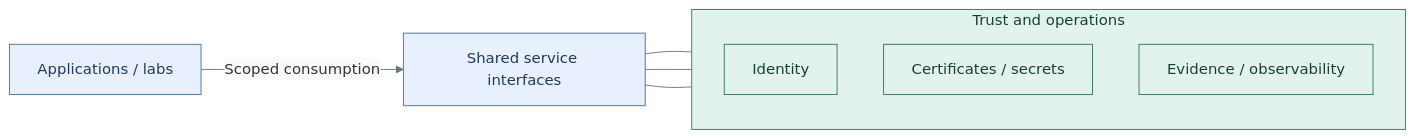
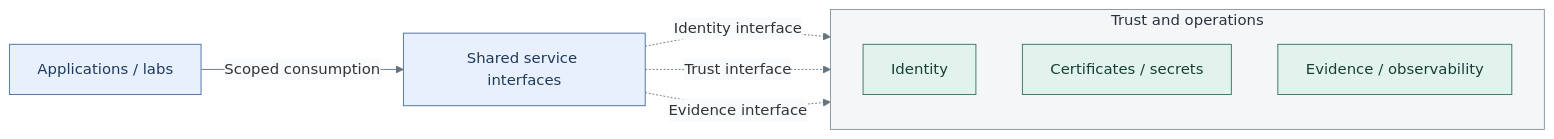
One commit to Rexus/homelab changed the diagram in docs/01-architecture/02-organization/README.md. Above: the diagram before and after it, drawn with Mermaid. The commit also changed other lines of this file and 108 other files, not shown here.

Commit message:
docs(diagrams): unify visual language and opening views

````diff
--- a/docs/01-architecture/02-organization/README.md
+++ b/docs/01-architecture/02-organization/README.md
@@ -11,19 +11,21 @@
 ```mermaid
 %%{init: {"theme":"base","themeVariables":{"lineColor":"#627581","edgeLabelBackground":"#f8fafc"}}}%%
 flowchart LR
   Consumer["Applications / labs"] -->|Scoped consumption| Services["Shared service interfaces"]
   subgraph Control["Trust and operations"]
     direction TB
     Identity["Identity"]
     Trust["Certificates / secrets"]
     Evidence["Evidence / observability"]
   end
-  Services --- Identity
-  Services --- Trust
-  Services --- Evidence
+  Services -. Identity interface .-> Identity
+  Services -. Trust interface .-> Trust
+  Services -. Evidence interface .-> Evidence
   classDef default fill:#f8fafc,stroke:#64748b,color:#1f2937
   classDef services fill:#e7f0fc,stroke:#4d719b,color:#203a5b
   classDef control fill:#e2f3ed,stroke:#397366,color:#173f36
   class Consumer,Services services
-  class Control,Identity,Trust,Evidence control
+  classDef group fill:#f5f6f7,stroke:#89939e,color:#273340
+  class Control group
+  class Identity,Trust,Evidence control
 ```
````
